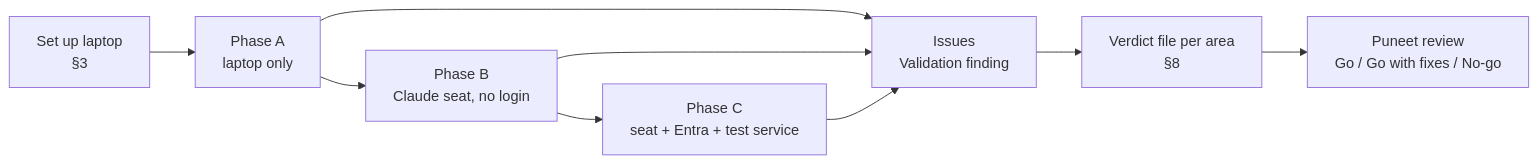
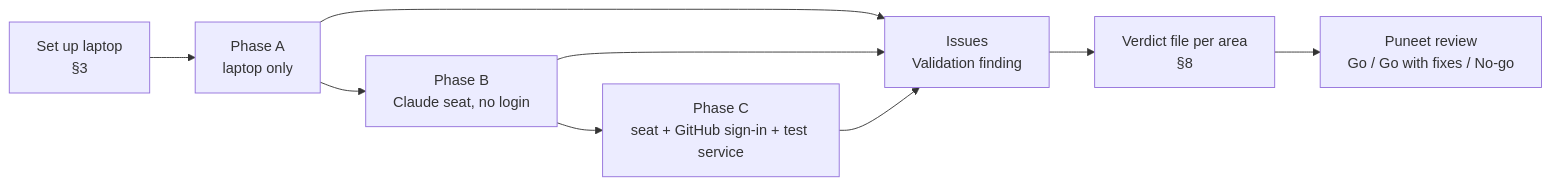
The diagram in docs/testing/TST-02-team-validation-plan.md (puneetsinghnanda/AI-Skill-Library), drawn with Mermaid before and after one commit. The commit also changed other lines of this file and 63 other files, not shown here.

First line of the commit message:
feat(identity): interim GitHub sign-in for the test phase (ADR 0006)

````diff
--- a/docs/testing/TST-02-team-validation-plan.md
+++ b/docs/testing/TST-02-team-validation-plan.md
@@ -22,9 +22,9 @@
 ```mermaid
 flowchart LR
   A[Set up laptop<br/>§3] --> B[Phase A<br/>laptop only]
   B --> C[Phase B<br/>Claude seat, no login]
-  C --> D[Phase C<br/>seat + Entra + test service]
+  C --> D[Phase C<br/>seat + GitHub sign-in + test service]
   B & C & D --> E[Issues<br/>Validation finding]
   E --> F[Verdict file per area<br/>§8]
   F --> G[Puneet review<br/>Go / Go with fixes / No-go]
 ```
````
